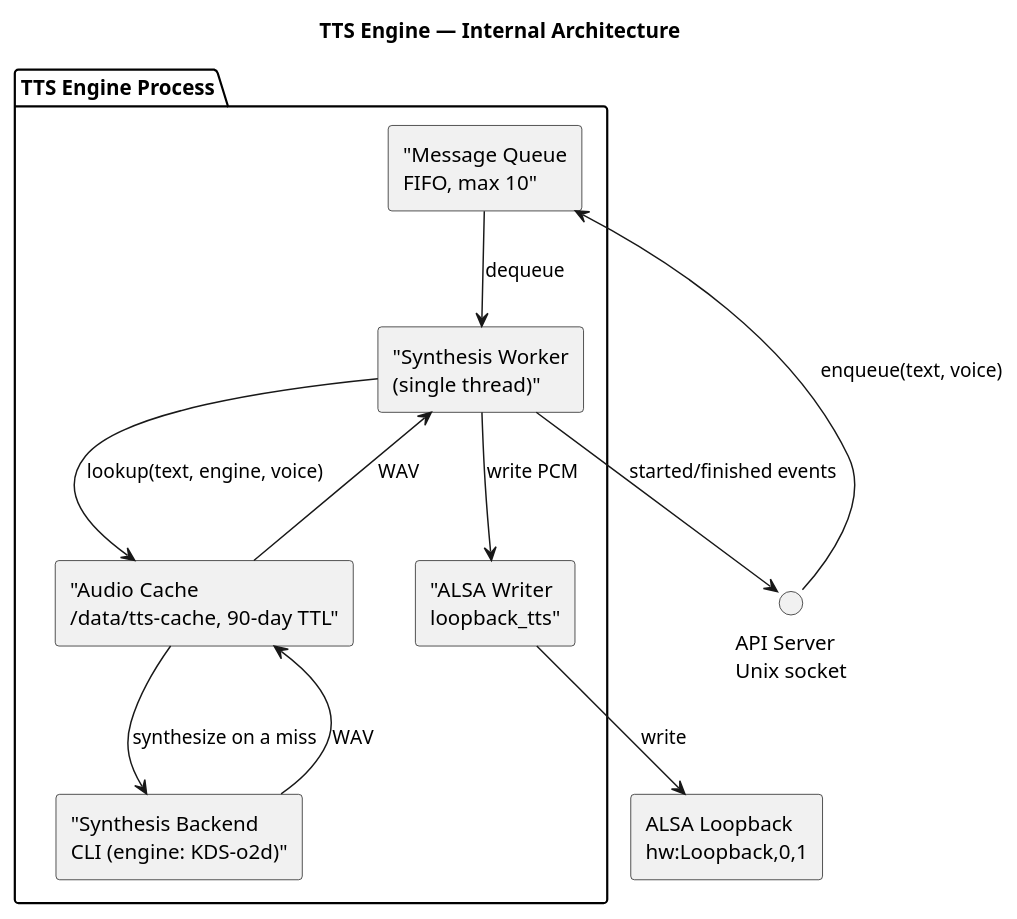
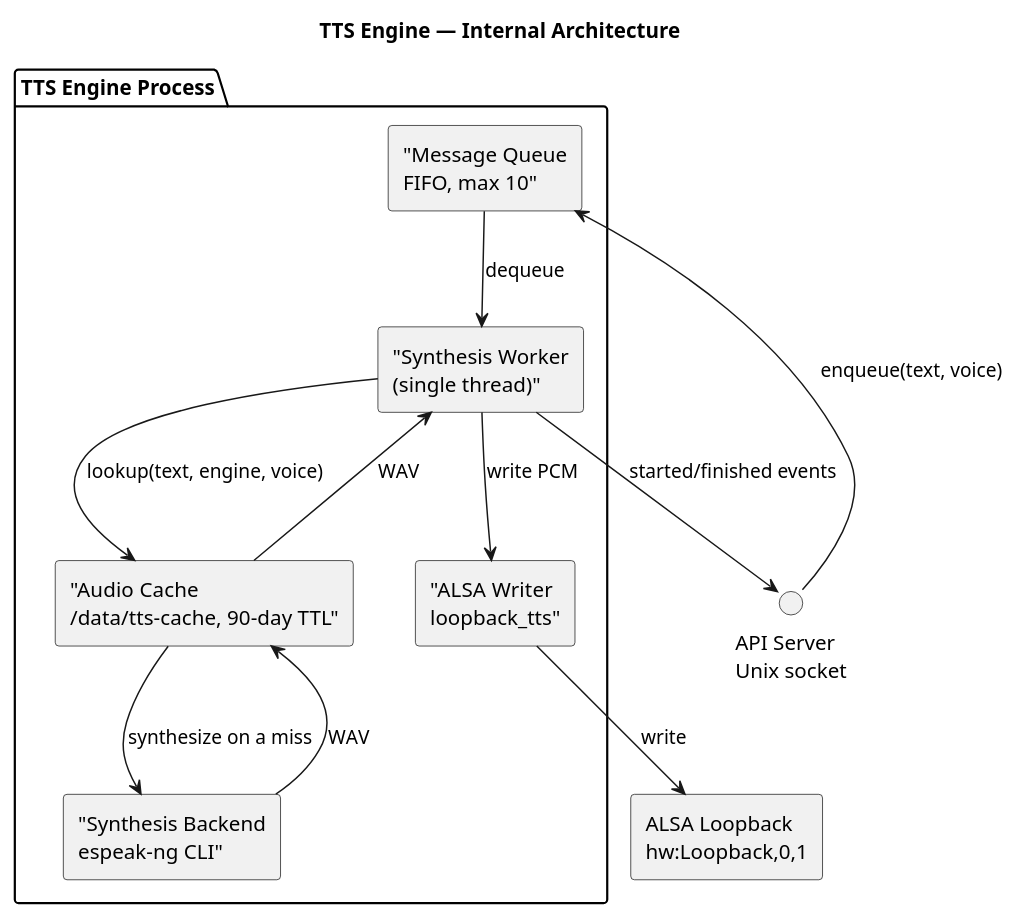
The diagram in docs/source/architecture/tts-engine/solution-design.rst (LydByDissing/kids-desktop-speaker), drawn with PlantUML before and after one commit. The commit also changed other lines of this file and 1 other file, not shown here.

```diff
--- a/docs/source/architecture/tts-engine/solution-design.rst
+++ b/docs/source/architecture/tts-engine/solution-design.rst
@@ -35,32 +35,32 @@
 .. plantuml::
    :caption: TTS Engine — Internal Architecture
    :name: fig-tts-internal
 
    @startuml
    skinparam componentStyle rectangle
    skinparam backgroundColor white
 
    title TTS Engine — Internal Architecture
 
    package "TTS Engine Process" as tts {
        component ["Message Queue\nFIFO, max 10"] as queue
        component ["Synthesis Worker\n(single thread)"] as worker
        component ["Audio Cache\n/data/tts-cache, 90-day TTL"] as cache
-       component ["Synthesis Backend\nCLI (engine: KDS-o2d)"] as piper
+       component ["Synthesis Backend\nespeak-ng CLI"] as piper
        component ["ALSA Writer\nloopback_tts"] as alsa
    }
 
    interface "API Server\nUnix socket" as api
    component "ALSA Loopback\nhw:Loopback,0,1" as loopback
 
    api --> queue : enqueue(text, voice)
    queue --> worker : dequeue
    worker --> cache : lookup(text, engine, voice)
    cache --> piper : synthesize on a miss
    piper --> cache : WAV
    cache --> worker : WAV
    worker --> alsa : write PCM
    alsa --> loopback : write
    worker --> api : started/finished events
 
    @enduml
```
